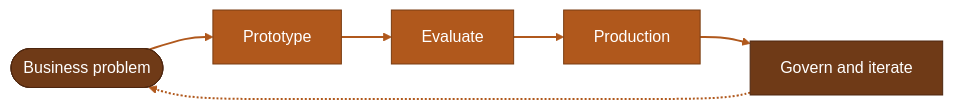
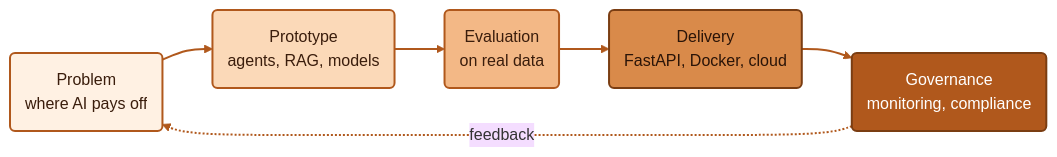
One commit to MikiTwenty/MikiTwenty changed the diagram in README.md. Above: the diagram before and after it, drawn with Mermaid (base theme). The commit also changed other lines of this file, not shown here.

First line of the commit message:
docs: plainer README, badges, restyled Mermaid

````diff
--- a/README.md
+++ b/README.md
@@ -42,14 +19,20 @@
 ```mermaid
 flowchart LR
-    A([Business problem]) --> B[Prototype]
-    B --> C[Evaluate]
-    C --> D[Production]
-    D --> E[Govern and iterate]
-    E -.-> A
+    A("Problem<br/>where AI pays off") --> B("Prototype<br/>agents, RAG, models")
+    B --> C("Evaluation<br/>on real data")
+    C --> D("Delivery<br/>FastAPI, Docker, cloud")
+    D --> E("Governance<br/>monitoring, compliance")
+    E -.->|"feedback"| A
 
-    classDef step fill:#b0581c,stroke:#7a3d12,color:#ffffff,stroke-width:1px;
-    classDef edge fill:#6f3a17,stroke:#4e2710,color:#ffffff,stroke-width:1px;
-    class A,E edge;
-    class B,C,D step;
+    classDef s1 fill:#fff1e3,stroke:#b0581c,stroke-width:2px,color:#3a1d0c;
+    classDef s2 fill:#fbd9b8,stroke:#b0581c,stroke-width:2px,color:#3a1d0c;
+    classDef s3 fill:#f3b886,stroke:#b0581c,stroke-width:2px,color:#3a1d0c;
+    classDef s4 fill:#d98a4a,stroke:#7a3d12,stroke-width:2px,color:#2a1408;
+    classDef s5 fill:#b0581c,stroke:#7a3d12,stroke-width:2px,color:#ffffff;
+    class A s1;
+    class B s2;
+    class C s3;
+    class D s4;
+    class E s5;
     linkStyle default stroke:#b0581c,stroke-width:2px;
 ```
````
